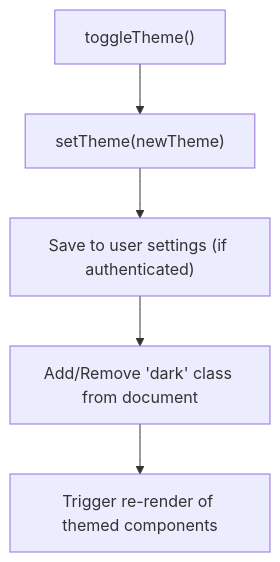
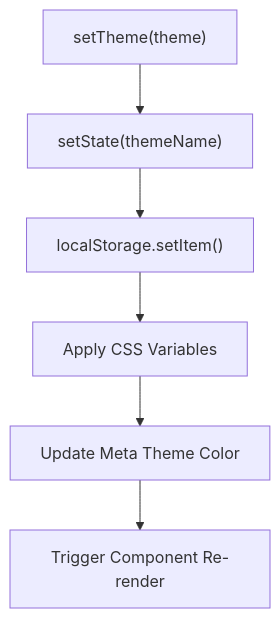
Before and after one commit to Brimstow/ThumPiks: diagram 14 of 21 in .qoder/repowiki/en/content/Frontend Architecture/State Management.md, drawn with Mermaid. The commit also changed other lines of this file and 900 other files, not shown here.

````diff
--- a/.qoder/repowiki/en/content/Frontend Architecture/State Management.md
+++ b/.qoder/repowiki/en/content/Frontend Architecture/State Management.md
@@ -222,7 +378,8 @@
 ```mermaid
 flowchart TD
-ToggleAction["toggleTheme()"] --> UpdateState["setTheme(newTheme)"]
-UpdateState --> SavePreference["Save to user settings (if authenticated)"]
-SavePreference --> ApplyCSS["Add/Remove 'dark' class from document"]
-ApplyCSS --> Rerender["Trigger re-render of themed components"]
+SetTheme["setTheme(theme)"] --> UpdateState["setState(themeName)"]
+UpdateState --> SaveLocalStorage["localStorage.setItem()"]
+SaveLocalStorage --> ApplyCSS["Apply CSS Variables"]
+ApplyCSS --> UpdateMeta["Update Meta Theme Color"]
+UpdateMeta --> TriggerReRender["Trigger Component Re-render"]
 ```
````
